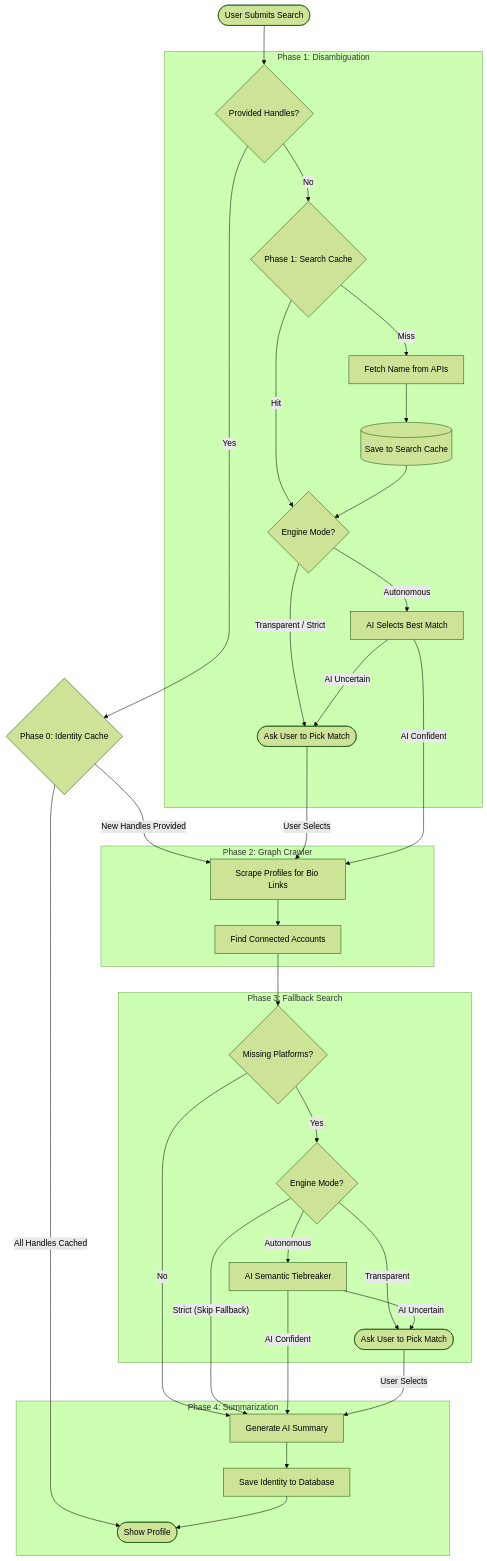
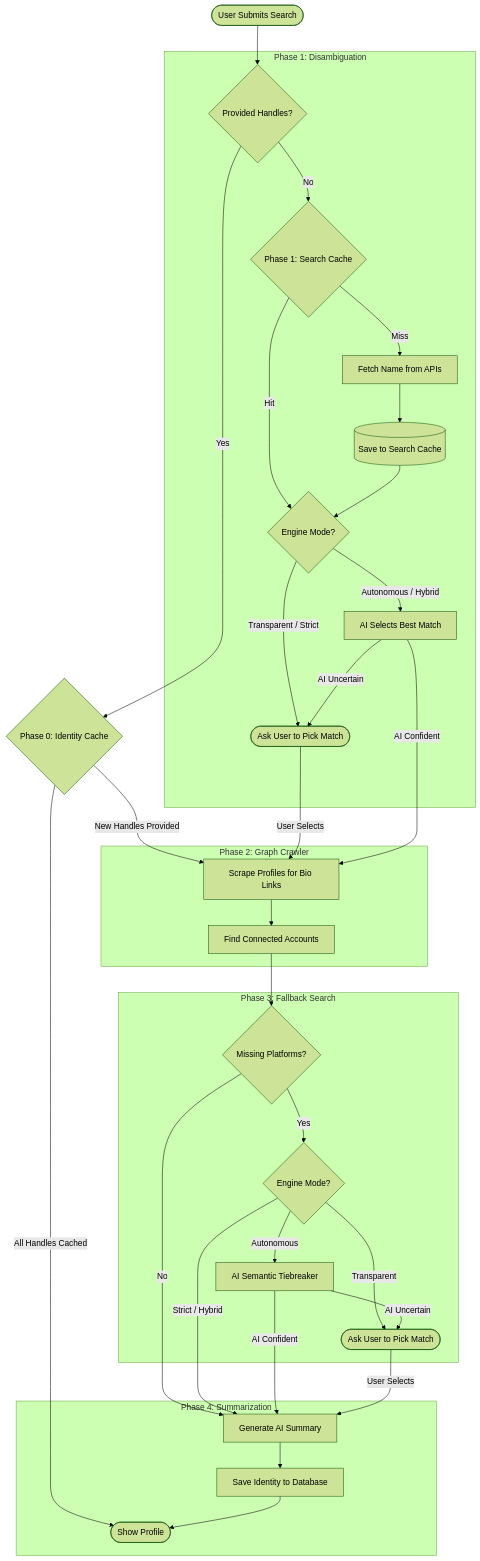
The diagram in README.md (Niteshkrjhag/Dev-Profile-Unifier), drawn with Mermaid (forest theme) before and after one commit. The commit also changed 2 other files, not shown here.

Commit message:
feat: Add Hybrid Engine Mode (AI Anchor + Strict Crawler)

````diff
--- a/README.md
+++ b/README.md
@@ -27,44 +27,44 @@
 ```mermaid
 graph TD
     Start([User Submits Search]) --> HasHandles{Provided Handles?}
     
     %% Phase 0 (Only if handles provided)
     HasHandles -- "Yes" --> Phase0{Phase 0: Identity Cache}
     Phase0 -- "All Handles Cached" --> End([Show Profile])
     Phase0 -- "New Handles Provided" --> Phase2
 
     subgraph "Phase 1: Disambiguation"
         HasHandles -- "No" --> SearchCache{Phase 1: Search Cache}
         SearchCache -- "Hit" --> Mode1{Engine Mode?}
         SearchCache -- "Miss" --> Fetch1[Fetch Name from APIs]
         Fetch1 --> SaveCache[(Save to Search Cache)]
         SaveCache --> Mode1
         
-        Mode1 -- "Autonomous" --> AI1[AI Selects Best Match]
+        Mode1 -- "Autonomous / Hybrid" --> AI1[AI Selects Best Match]
         Mode1 -- "Transparent / Strict" --> AskUser1([Ask User to Pick Match])
         AI1 -- "AI Uncertain" --> AskUser1
     end
 
     subgraph "Phase 2: Graph Crawler"
         AskUser1 -- "User Selects" --> Phase2[Scrape Profiles for Bio Links]
         AI1 -- "AI Confident" --> Phase2
         Phase2 --> Extract[Find Connected Accounts]
     end
 
     subgraph "Phase 3: Fallback Search"
         Extract --> Missing{Missing Platforms?}
         Missing -- "Yes" --> Mode3{Engine Mode?}
         Mode3 -- "Autonomous" --> AI3[AI Semantic Tiebreaker]
         Mode3 -- "Transparent" --> AskUser2([Ask User to Pick Match])
         AI3 -- "AI Uncertain" --> AskUser2
     end
 
     subgraph "Phase 4: Summarization"
         Missing -- "No" --> Final[Generate AI Summary]
-        Mode3 -- "Strict (Skip Fallback)" --> Final
+        Mode3 -- "Strict / Hybrid" --> Final
         AI3 -- "AI Confident" --> Final
         AskUser2 -- "User Selects" --> Final
         Final --> DB[Save Identity to Database]
         DB --> End
     end
 ```
````
